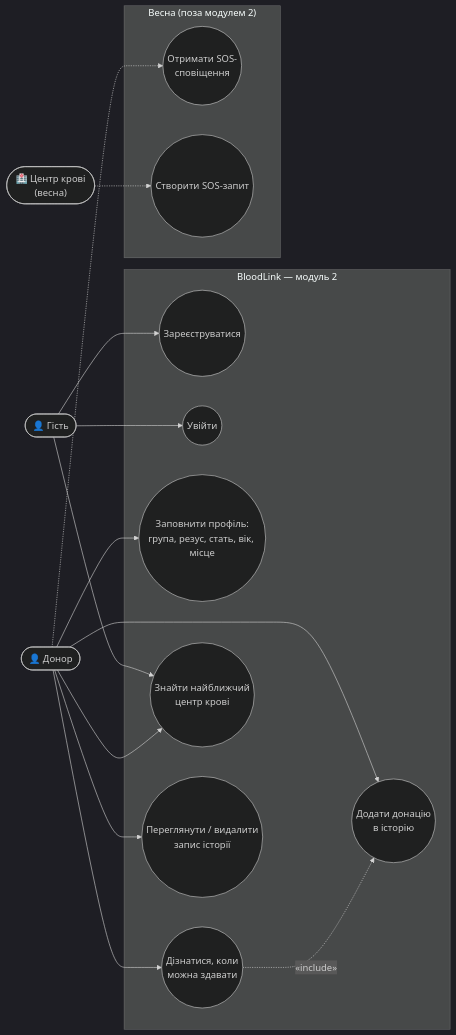
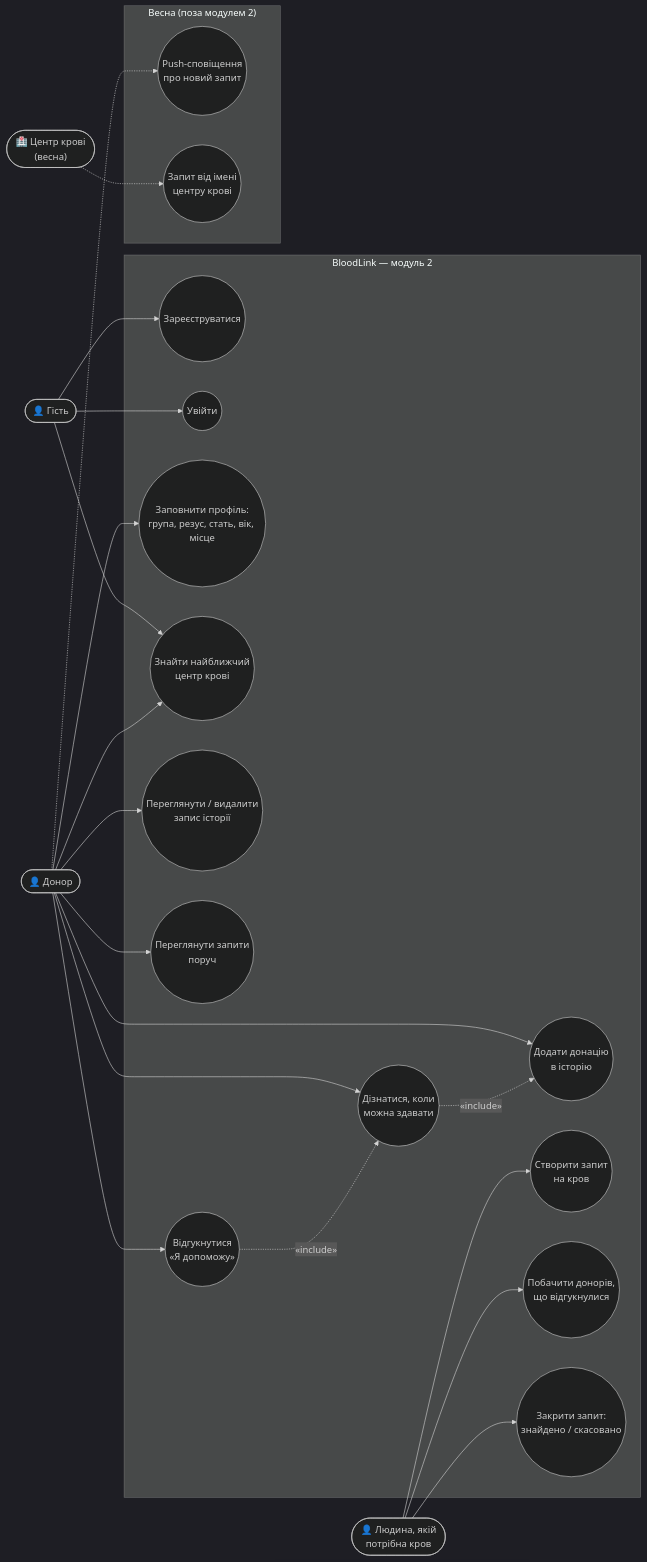
Before and after one commit to Chastuhinaa/BloodLink: the first of 5 diagrams in docs/uml.md, drawn with Mermaid (dark theme). The commit also changed other lines of this file and 1 other file, not shown here.

First line of the commit message:
B-12: UML для запитів на кров (B-28)

````diff
--- a/docs/uml.md
+++ b/docs/uml.md
@@ -7,33 +7,45 @@
 ```mermaid
 flowchart LR
     Donor(["👤 Донор"])
+    Seeker(["👤 Людина, якій<br/>потрібна кров"])
     Guest(["👤 Гість"])
     Center(["🏥 Центр крові<br/>(весна)"])
 
     subgraph BL["BloodLink — модуль 2"]
         UC1(("Зареєструватися"))
         UC2(("Увійти"))
         UC3(("Заповнити профіль:<br/>група, резус, стать, вік, місце"))
         UC4(("Дізнатися, коли<br/>можна здавати"))
         UC5(("Знайти найближчий<br/>центр крові"))
         UC6(("Додати донацію<br/>в історію"))
         UC7(("Переглянути / видалити<br/>запис історії"))
+        UC10(("Створити запит<br/>на кров"))
+        UC11(("Побачити донорів,<br/>що відгукнулися"))
+        UC12(("Закрити запит:<br/>знайдено / скасовано"))
+        UC13(("Переглянути запити<br/>поруч"))
+        UC14(("Відгукнутися<br/>«Я допоможу»"))
     end
 
     subgraph Spring["Весна (поза модулем 2)"]
-        UC8(("Отримати SOS-<br/>сповіщення"))
-        UC9(("Створити SOS-запит"))
+        UC8(("Push-сповіщення<br/>про новий запит"))
+        UC9(("Запит від імені<br/>центру крові"))
     end
 
     Guest --> UC1
     Guest --> UC2
     Guest --> UC5
     Donor --> UC3
     Donor --> UC4
     Donor --> UC5
     Donor --> UC6
     Donor --> UC7
+    Donor --> UC13
+    Donor --> UC14
+    Seeker --> UC10
+    Seeker --> UC11
+    Seeker --> UC12
     Donor -.-> UC8
     Center -.-> UC9
     UC4 -. "«include»" .-> UC6
+    UC14 -. "«include»" .-> UC4
 ```
````
